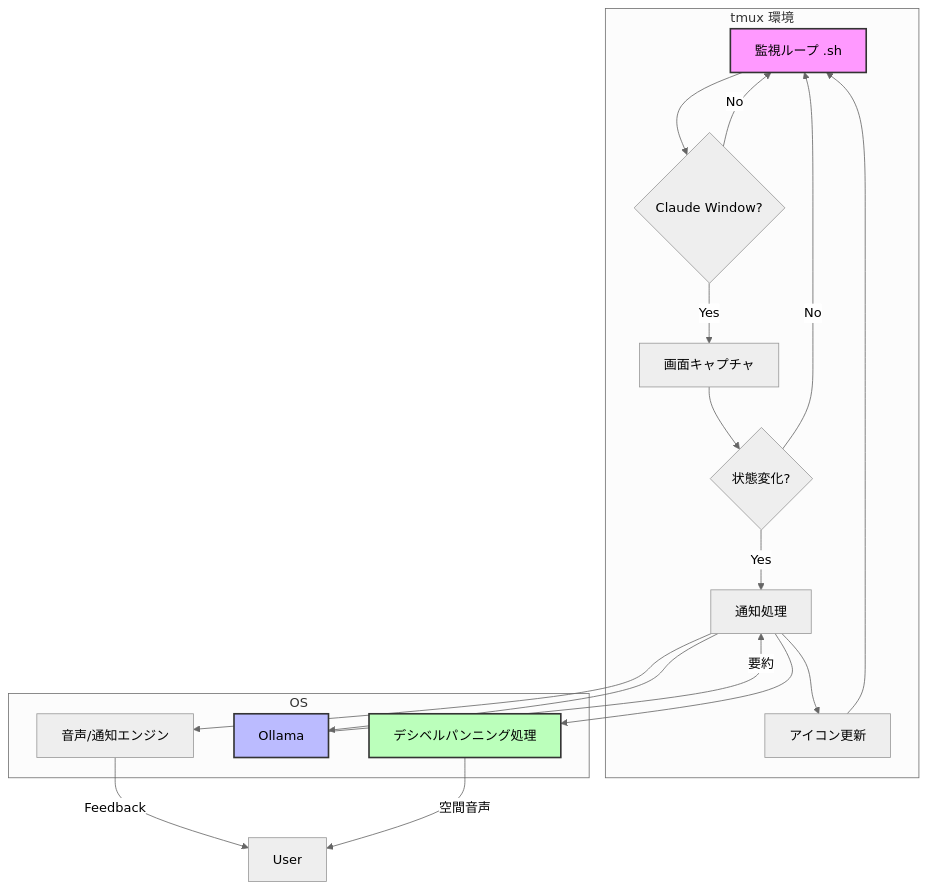
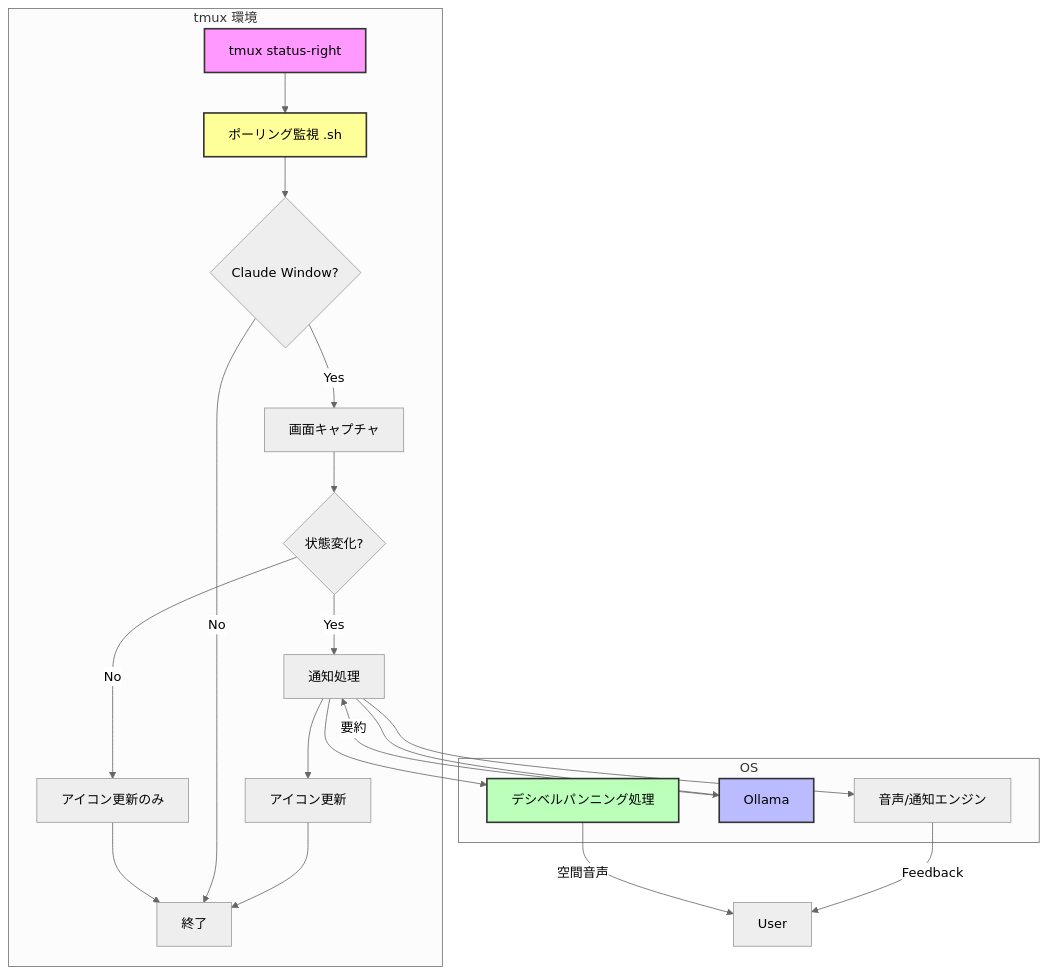
One commit to ysano/dotfiles changed the diagram in .tmux/docs/01-system-overview.md. Above: the diagram before and after it, drawn with Mermaid (neutral theme). The commit also changed other lines of this file and 3 other files, not shown here.

````diff
--- a/.tmux/docs/01-system-overview.md
+++ b/.tmux/docs/01-system-overview.md
@@ -49,27 +50,30 @@
 ```mermaid
 graph TD
     subgraph tmux 環境
-        A[監視ループ .sh] --> B{Claude Window?};
-        B -- Yes --> C[画面キャプチャ];
-        C --> D{状態変化?};
-        D -- Yes --> E[通知処理];
-        E --> F[アイコン更新];
-        F --> A;
-        B -- No --> A;
-        D -- No --> A;
+        A[tmux status-right] --> B[ポーリング監視 .sh];
+        B --> C{Claude Window?};
+        C -- Yes --> D[画面キャプチャ];
+        D --> E{状態変化?};
+        E -- Yes --> F[通知処理];
+        F --> G[アイコン更新];
+        G --> H[終了];
+        C -- No --> H;
+        E -- No --> I[アイコン更新のみ];
+        I --> H;
     end
 
     subgraph OS
-        E --> G[音声/通知エンジン];
-        E --> H[Ollama];
-        E --> I[デシベルパンニング処理];
+        F --> J[音声/通知エンジン];
+        F --> K[Ollama];
+        F --> L[デシベルパンニング処理];
     end
 
-    H -- 要約 --> E;
-    G -- Feedback --> User;
-    I -- 空間音声 --> User;
+    K -- 要約 --> F;
+    J -- Feedback --> User;
+    L -- 空間音声 --> User;
 
     style A fill:#f9f,stroke:#333,stroke-width:2px
-    style H fill:#bbf,stroke:#333,stroke-width:2px
-    style I fill:#bfb,stroke:#333,stroke-width:2px
+    style B fill:#ff9,stroke:#333,stroke-width:2px
+    style K fill:#bbf,stroke:#333,stroke-width:2px
+    style L fill:#bfb,stroke:#333,stroke-width:2px
 ```
````
